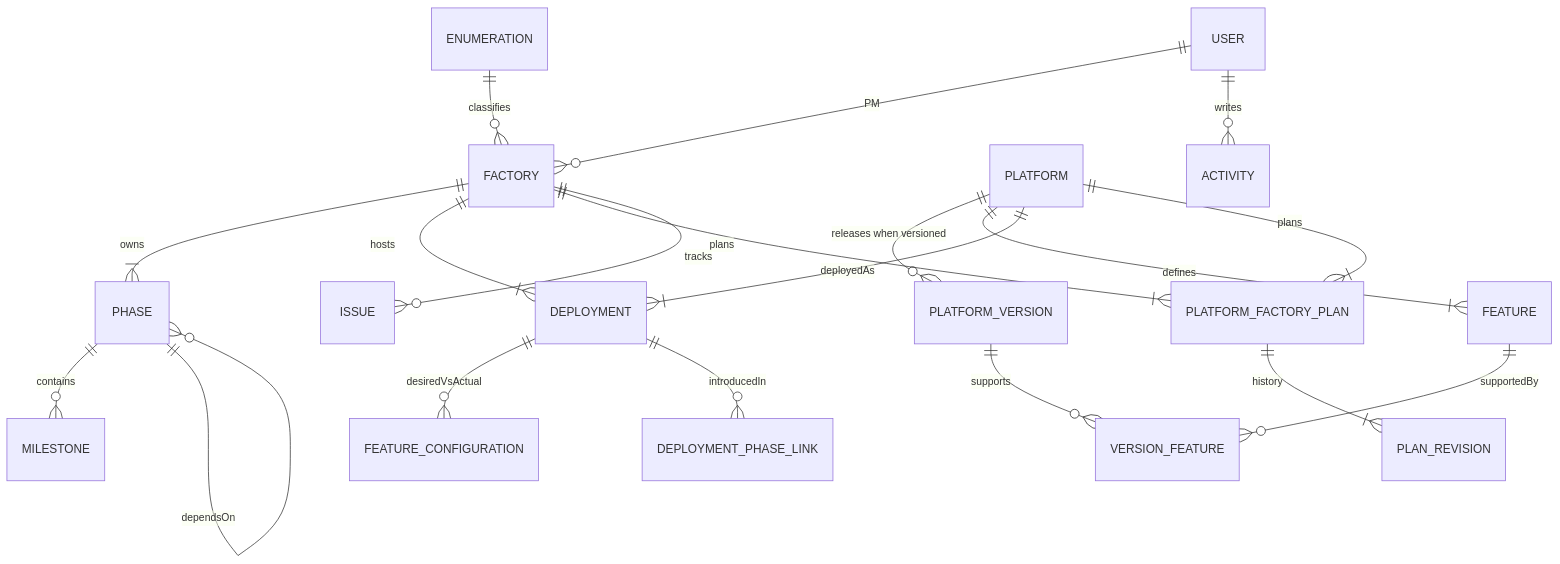
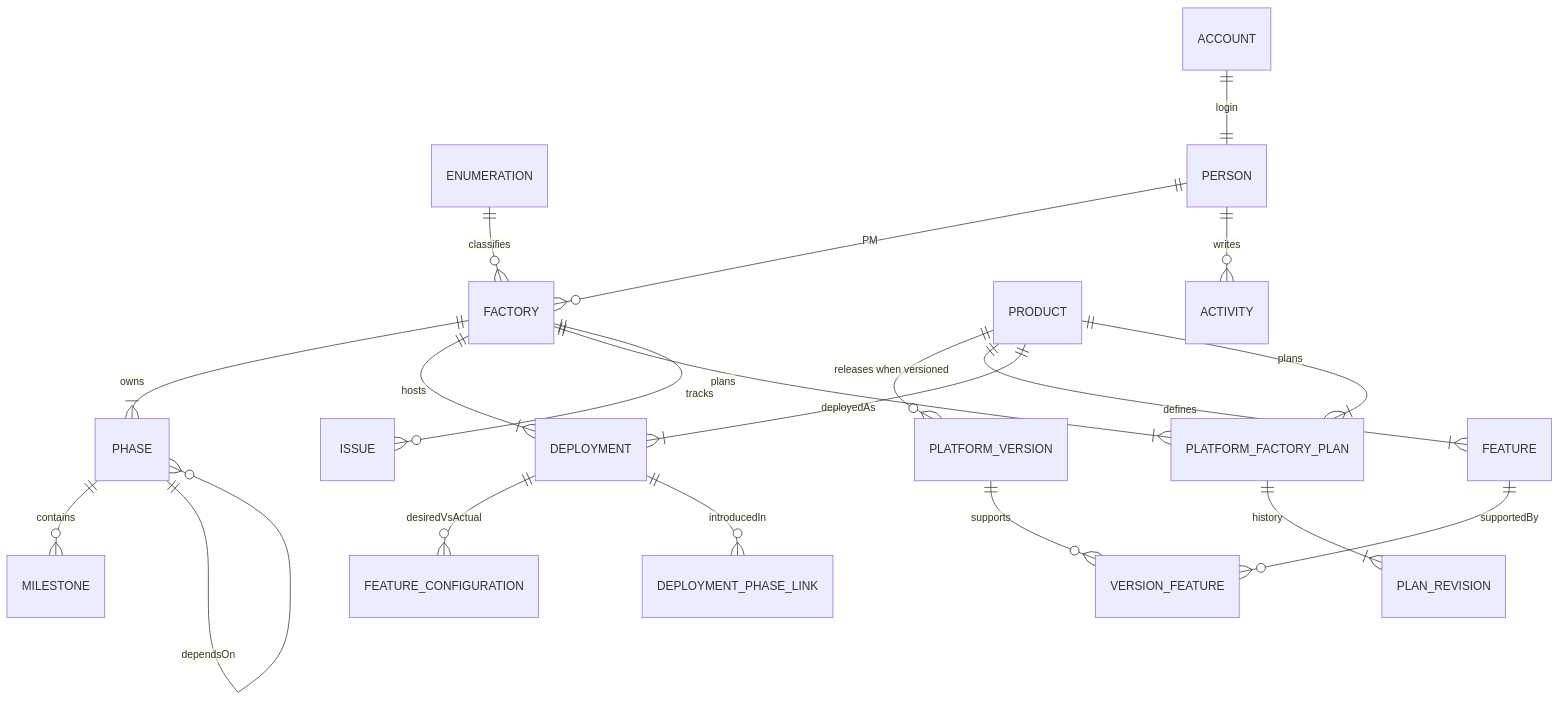
Before and after one commit to hwchiu/tomMo: the diagram in README.md, drawn with Mermaid. The commit also changed other lines of this file and 82 other files, not shown here.

First line of the commit message:
Add the Go monolith, login roles, and product coordination model.

````diff
--- a/README.md
+++ b/README.md
@@ -105,21 +116,22 @@
 ```mermaid
 erDiagram
   ENUMERATION ||--o{ FACTORY : classifies
-  USER ||--o{ FACTORY : "PM"
+  PERSON ||--o{ FACTORY : "PM"
   FACTORY ||--|{ PHASE : owns
   PHASE ||--o{ MILESTONE : contains
   PHASE ||--o{ PHASE : dependsOn
-  PLATFORM ||--o{ PLATFORM_VERSION : "releases when versioned"
-  PLATFORM ||--|{ FEATURE : defines
+  PRODUCT ||--o{ PLATFORM_VERSION : "releases when versioned"
+  PRODUCT ||--|{ FEATURE : defines
   PLATFORM_VERSION ||--o{ VERSION_FEATURE : supports
   FEATURE ||--o{ VERSION_FEATURE : supportedBy
   FACTORY ||--|{ DEPLOYMENT : hosts
-  PLATFORM ||--|{ DEPLOYMENT : deployedAs
+  PRODUCT ||--|{ DEPLOYMENT : deployedAs
   DEPLOYMENT ||--o{ FEATURE_CONFIGURATION : desiredVsActual
   DEPLOYMENT ||--o{ DEPLOYMENT_PHASE_LINK : introducedIn
   FACTORY ||--|{ PLATFORM_FACTORY_PLAN : plans
-  PLATFORM ||--|{ PLATFORM_FACTORY_PLAN : plans
+  PRODUCT ||--|{ PLATFORM_FACTORY_PLAN : plans
   PLATFORM_FACTORY_PLAN ||--|{ PLAN_REVISION : history
   FACTORY ||--o{ ISSUE : tracks
-  USER ||--o{ ACTIVITY : writes
+  PERSON ||--o{ ACTIVITY : writes
+  ACCOUNT ||--|| PERSON : "login"
 ```
````
